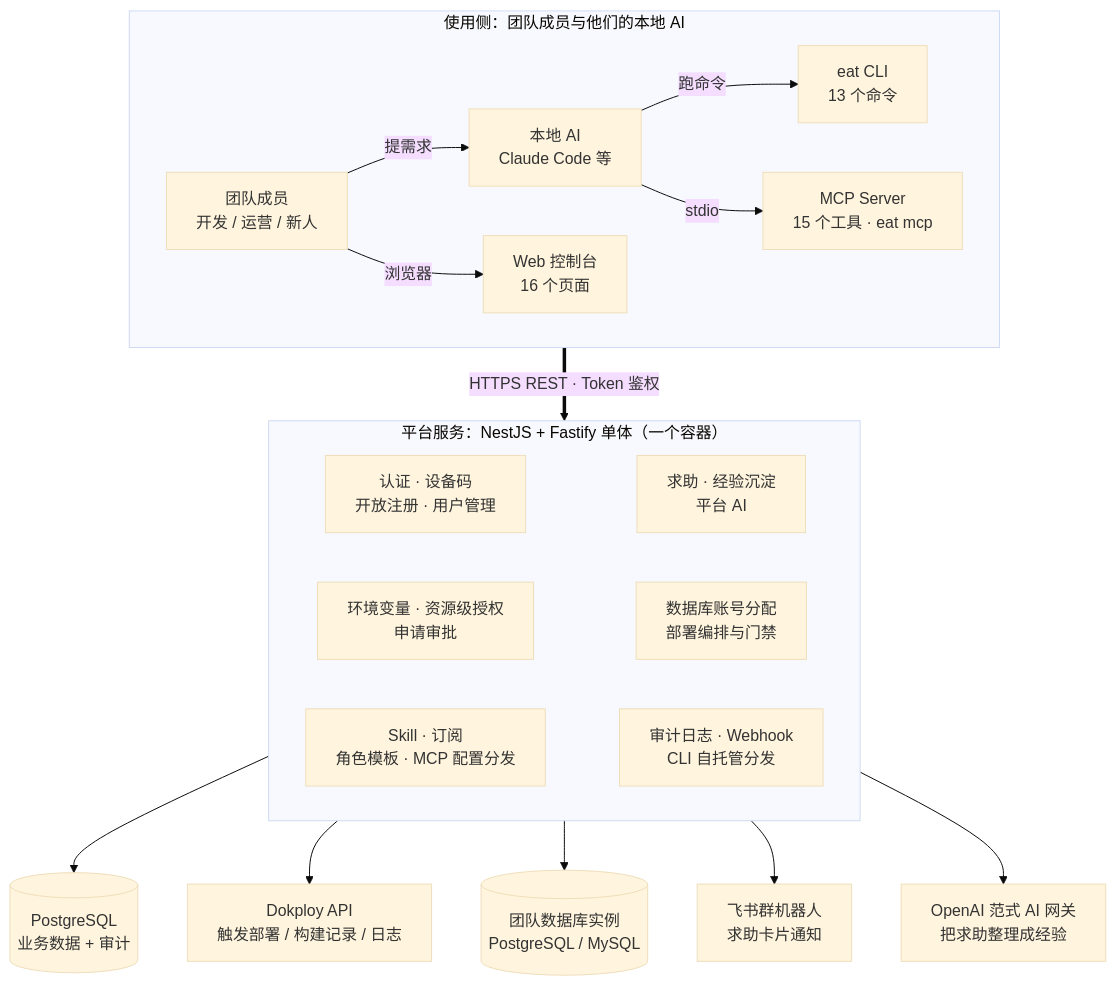
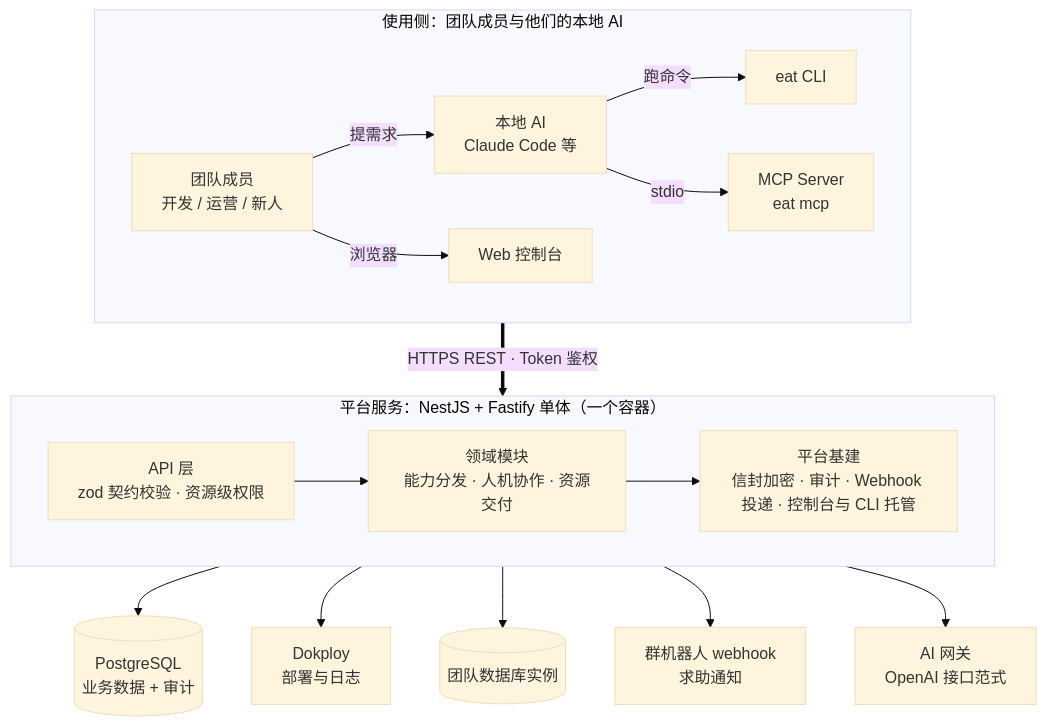
The diagram in README.md (othorizon/easy-agent-team), drawn with Mermaid (base theme) before and after one commit. The commit also changed other lines of this file, not shown here.

````diff
--- a/README.md
+++ b/README.md
@@ -17,35 +17,30 @@
 ```mermaid
 flowchart TB
     subgraph U["使用侧：团队成员与他们的本地 AI"]
         direction LR
         P["团队成员<br/>开发 / 运营 / 新人"]
         AI["本地 AI<br/>Claude Code 等"]
-        CLI["eat CLI<br/>13 个命令"]
-        MCPS["MCP Server<br/>15 个工具 · eat mcp"]
-        WEB["Web 控制台<br/>16 个页面"]
+        CLI["eat CLI"]
+        MCPS["MCP Server<br/>eat mcp"]
+        WEB["Web 控制台"]
         P -->|"提需求"| AI
         P -->|"浏览器"| WEB
         AI -->|"跑命令"| CLI
         AI -->|"stdio"| MCPS
     end
 
     U ==>|"HTTPS REST · Token 鉴权"| S
 
     subgraph S["平台服务：NestJS + Fastify 单体（一个容器）"]
-        M1["认证 · 设备码<br/>开放注册 · 用户管理"]
-        M2["环境变量 · 资源级授权<br/>申请审批"]
-        M3["Skill · 订阅<br/>角色模板 · MCP 配置分发"]
-        M4["求助 · 经验沉淀<br/>平台 AI"]
-        M5["数据库账号分配<br/>部署编排与门禁"]
-        M6["审计日志 · Webhook<br/>CLI 自托管分发"]
-        M1 ~~~ M4
-        M2 ~~~ M5
-        M3 ~~~ M6
+        API["API 层<br/>zod 契约校验 · 资源级权限"]
+        DOM["领域模块<br/>能力分发 · 人机协作 · 资源交付"]
+        INF["平台基建<br/>信封加密 · 审计 · Webhook 投递 · 控制台与 CLI 托管"]
+        API --> DOM --> INF
     end
 
     S --> PG[("PostgreSQL<br/>业务数据 + 审计")]
-    S --> DOK["Dokploy API<br/>触发部署 / 构建记录 / 日志"]
-    S --> TDB[("团队数据库实例<br/>PostgreSQL / MySQL")]
-    S --> IM["飞书群机器人<br/>求助卡片通知"]
-    S --> LLM["OpenAI 范式 AI 网关<br/>把求助整理成经验"]
+    S --> DOK["Dokploy<br/>部署与日志"]
+    S --> TDB[("团队数据库实例")]
+    S --> IM["群机器人 webhook<br/>求助通知"]
+    S --> LLM["AI 网关<br/>OpenAI 接口范式"]
 ```
````
